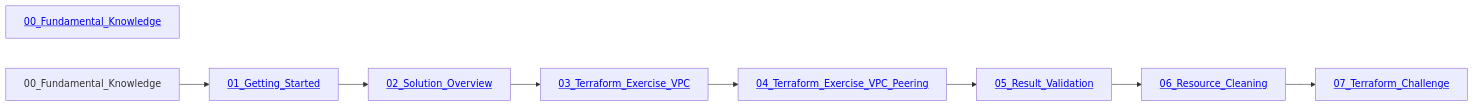
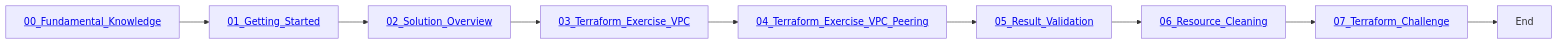
One commit to Huawei-APAC-Professional-Services/terraform-101-workshop changed the diagram in README.md. Above: the diagram before and after it, drawn with Mermaid.

````diff
--- a/README.md
+++ b/README.md
@@ -46,19 +46,21 @@
 ```mermaid
 flowchart LR
-    Start[<a href='https://github.com/Huawei-APAC-Professional-Services/terraform-101-workshop/blob/master/workshop/00_Fundamental_Knowledge.md'>00_Fundamental_Knowledge</a>]
+    00_Fundamental_Knowledge[<a href='https://github.com/Huawei-APAC-Professional-Services/terraform-101-workshop/blob/master/workshop/00_Fundamental_Knowledge.md'>00_Fundamental_Knowledge</a>]
 
     00_Fundamental_Knowledge --> 01_Getting_Started[<a href='https://github.com/Huawei-APAC-Professional-Services/terraform-101-workshop/blob/master/workshop/01_Getting_Started.md'>01_Getting_Started</a>]
 
     01_Getting_Started --> 02_Solution_Overview[<a href='https://github.com/Huawei-APAC-Professional-Services/terraform-101-workshop/blob/master/workshop/02_Solution_Overview.md'>02_Solution_Overview</a>]
 
     02_Solution_Overview --> 03_Terraform_Exercise_VPC[<a href='https://github.com/Huawei-APAC-Professional-Services/terraform-101-workshop/blob/master/workshop/03_Terraform_Exercise_VPC.md'>03_Terraform_Exercise_VPC</a>]
 
     03_Terraform_Exercise_VPC --> 04_Terraform_Exercise_VPC_Peering[<a href='https://github.com/Huawei-APAC-Professional-Services/terraform-101-workshop/blob/master/workshop/04_Terraform_Exercise_VPC_Peering.md'>04_Terraform_Exercise_VPC_Peering</a>]
 
     04_Terraform_Exercise_VPC_Peering --> 05_Result_Validation[<a href='https://github.com/Huawei-APAC-Professional-Services/terraform-101-workshop/blob/master/workshop/05_Result_Validation.md'>05_Result_Validation</a>]
 
     05_Result_Validation --> 06_Resource_Cleaning[<a href='https://github.com/Huawei-APAC-Professional-Services/terraform-101-workshop/blob/master/workshop/06_Resource_Cleaning.md'>06_Resource_Cleaning</a>]
 
     06_Resource_Cleaning --> 07_Terraform_Challenge[<a href='https://github.com/Huawei-APAC-Professional-Services/terraform-101-workshop/blob/master/workshop/07_Terraform_Challenge.md'>07_Terraform_Challenge</a>]
 
+    07_Terraform_Challenge --> End
+
 ```
````
